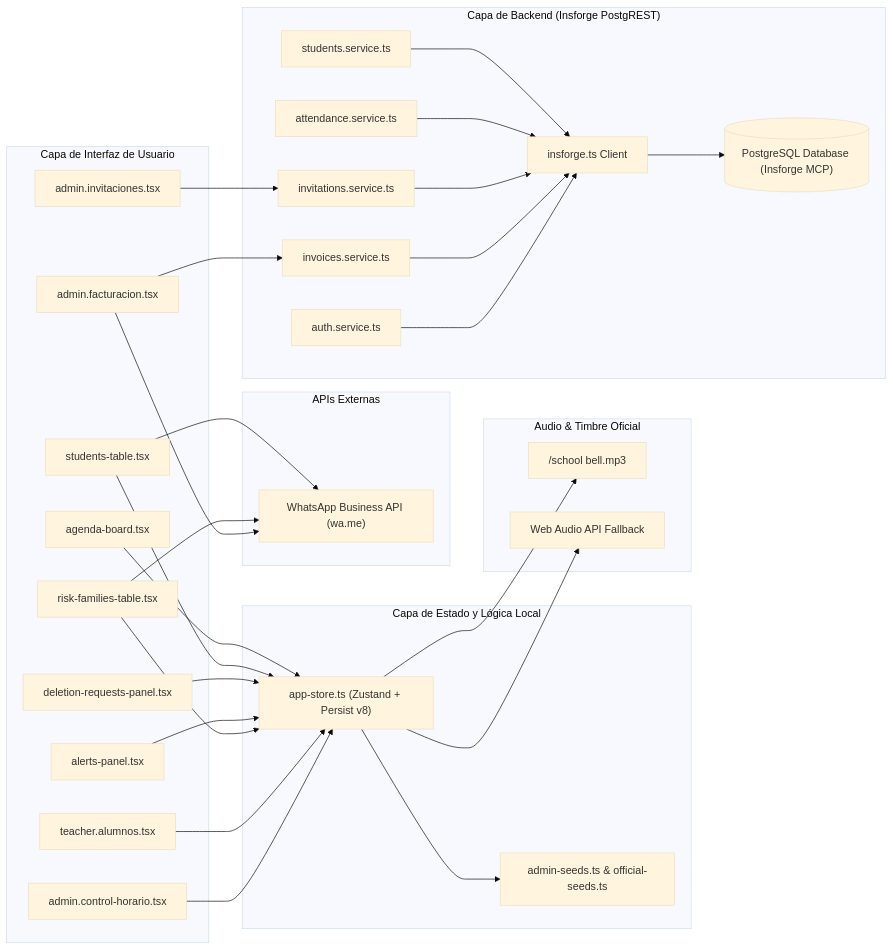
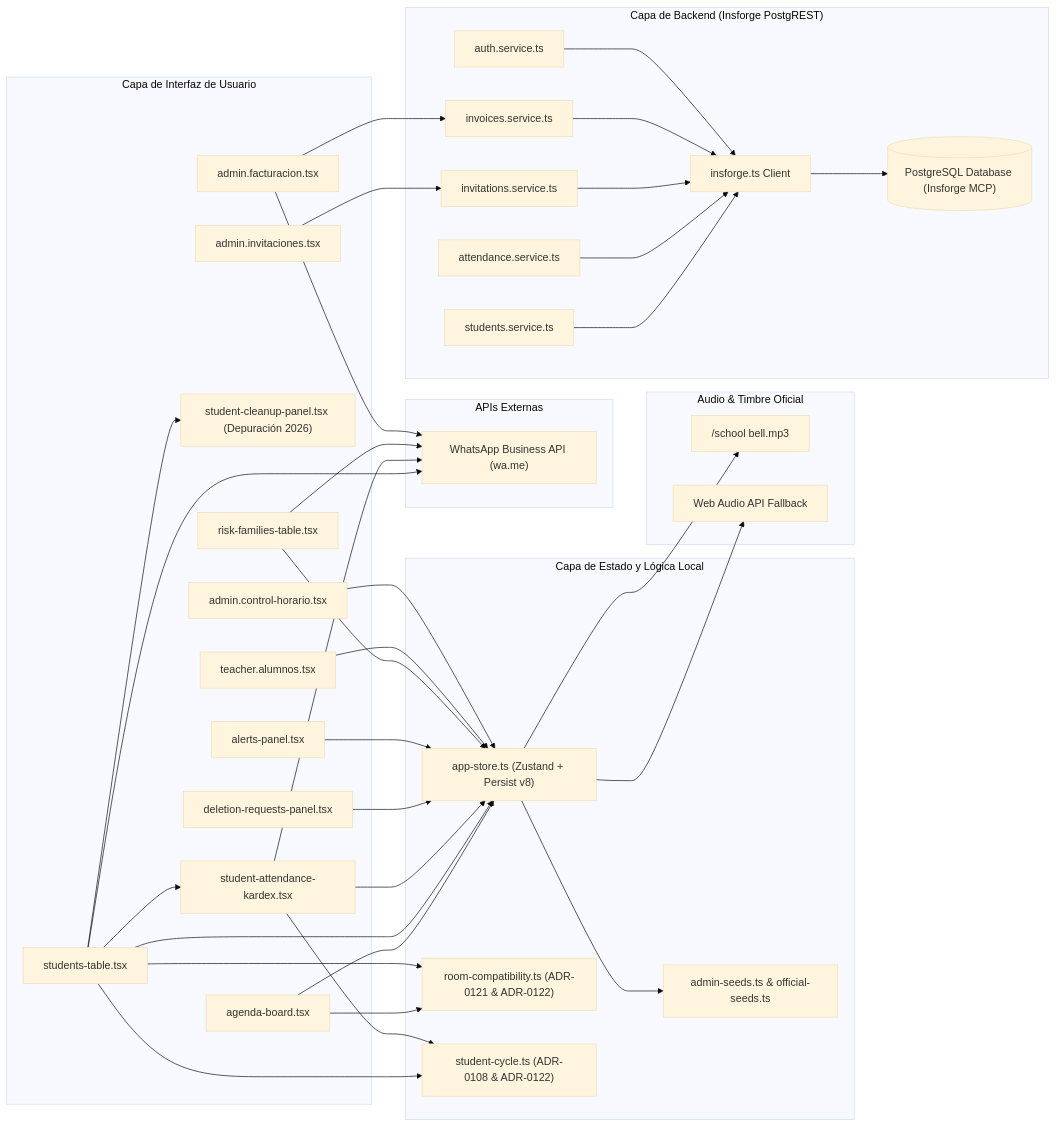
Before and after one commit to vibramusicpe-commits/maestro-mentor-guide: the diagram in docs/graphify/dependency_graph.mermaid, drawn with Mermaid (base theme).

Commit message:
docs: actualizar grafo de dependencias en docs/graphify (v2.0.8 / ADR-0122)

````diff
--- a/docs/graphify/dependency_graph.mermaid
+++ b/docs/graphify/dependency_graph.mermaid
@@ -3,67 +3,79 @@
 ```mermaid
 graph LR
     %% UI Components
     subgraph UI_Layer ["Capa de Interfaz de Usuario"]
         AgendaBoardComp["agenda-board.tsx"]
         StudentsTableComp["students-table.tsx"]
+        StudentAttendanceKardexComp["student-attendance-kardex.tsx"]
+        StudentCleanupPanelComp["student-cleanup-panel.tsx (Depuración 2026)"]
         DeletionPanelComp["deletion-requests-panel.tsx"]
         AlertsPanelComp["alerts-panel.tsx"]
         RiskFamiliesComp["risk-families-table.tsx"]
         ControlHorarioComp["admin.control-horario.tsx"]
         InvitacionesComp["admin.invitaciones.tsx"]
         FacturacionComp["admin.facturacion.tsx"]
         TeacherAlumnosComp["teacher.alumnos.tsx"]
     end
 
     %% State & Logic
     subgraph State_Layer ["Capa de Estado y Lógica Local"]
         Store["app-store.ts (Zustand + Persist v8)"]
         Seeds["admin-seeds.ts & official-seeds.ts"]
+        RoomComp["room-compatibility.ts (ADR-0121 & ADR-0122)"]
+        StudentCycle["student-cycle.ts (ADR-0108 & ADR-0122)"]
     end
 
     %% Audio & Media
     subgraph Media_Layer ["Audio & Timbre Oficial"]
         SchoolBellMp3["/school bell.mp3"]
         AudioCtx["Web Audio API Fallback"]
     end
 
     %% External APIs
     subgraph External_APIs ["APIs Externas"]
         WhatsApp["WhatsApp Business API (wa.me)"]
     end
 
     %% Backend Services
     subgraph Backend_Layer ["Capa de Backend (Insforge PostgREST)"]
         InsforgeClient["insforge.ts Client"]
         StudentsSvc["students.service.ts"]
         AttendanceSvc["attendance.service.ts"]
         InvitationsSvc["invitations.service.ts"]
         InvoicesSvc["invoices.service.ts"]
         AuthSvc["auth.service.ts"]
         PgTables[("PostgreSQL Database (Insforge MCP)")]
     end
 
     %% Relaciones
     AgendaBoardComp --> Store
+    AgendaBoardComp --> RoomComp
     StudentsTableComp --> Store
+    StudentsTableComp --> RoomComp
+    StudentsTableComp --> StudentCycle
+    StudentsTableComp --> StudentCleanupPanelComp
+    StudentsTableComp --> StudentAttendanceKardexComp
+    StudentAttendanceKardexComp --> Store
+    StudentAttendanceKardexComp --> StudentCycle
     DeletionPanelComp --> Store
     AlertsPanelComp --> Store
     RiskFamiliesComp --> Store
     TeacherAlumnosComp --> Store
     ControlHorarioComp --> Store
     InvitacionesComp --> InvitationsSvc
     FacturacionComp --> InvoicesSvc
     StudentsTableComp --> WhatsApp
+    StudentAttendanceKardexComp --> WhatsApp
     RiskFamiliesComp --> WhatsApp
     FacturacionComp --> WhatsApp
 
     Store --> Seeds
     Store --> SchoolBellMp3
     Store --> AudioCtx
     StudentsSvc --> InsforgeClient
     AttendanceSvc --> InsforgeClient
     InvitationsSvc --> InsforgeClient
     InvoicesSvc --> InsforgeClient
     AuthSvc --> InsforgeClient
     InsforgeClient --> PgTables
 ```
````
